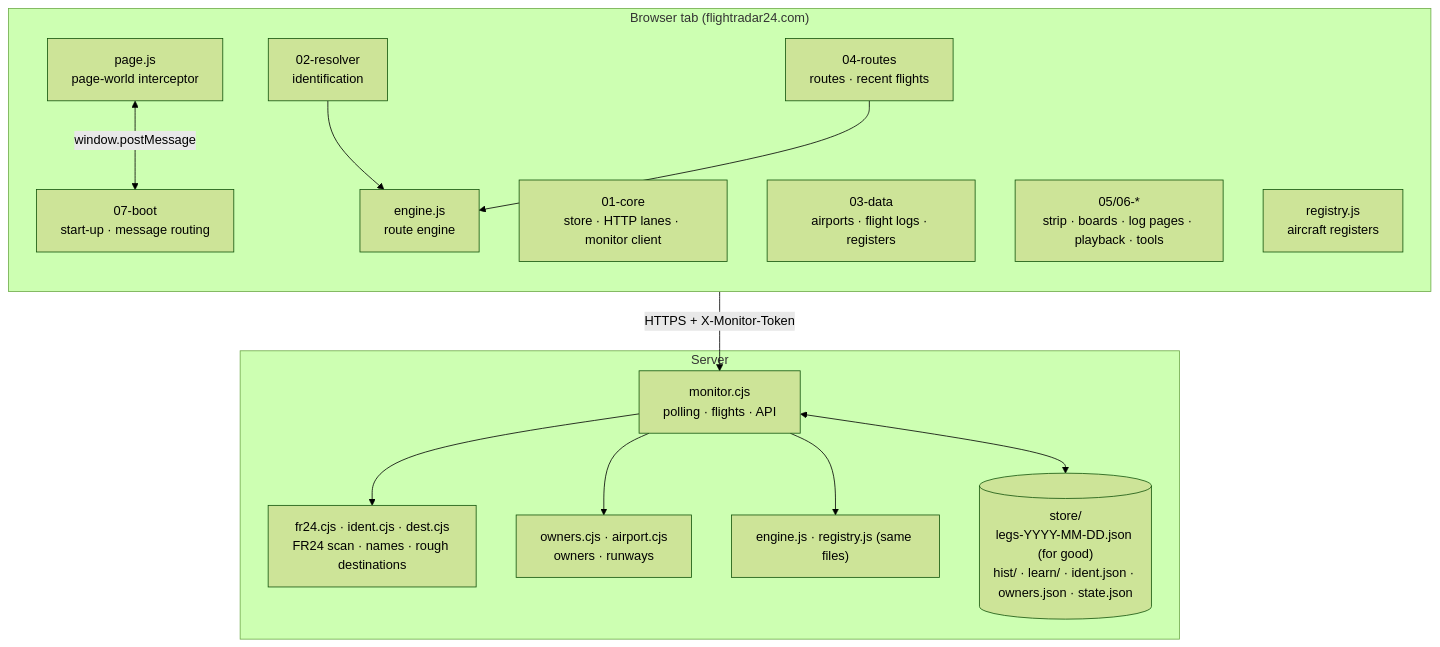
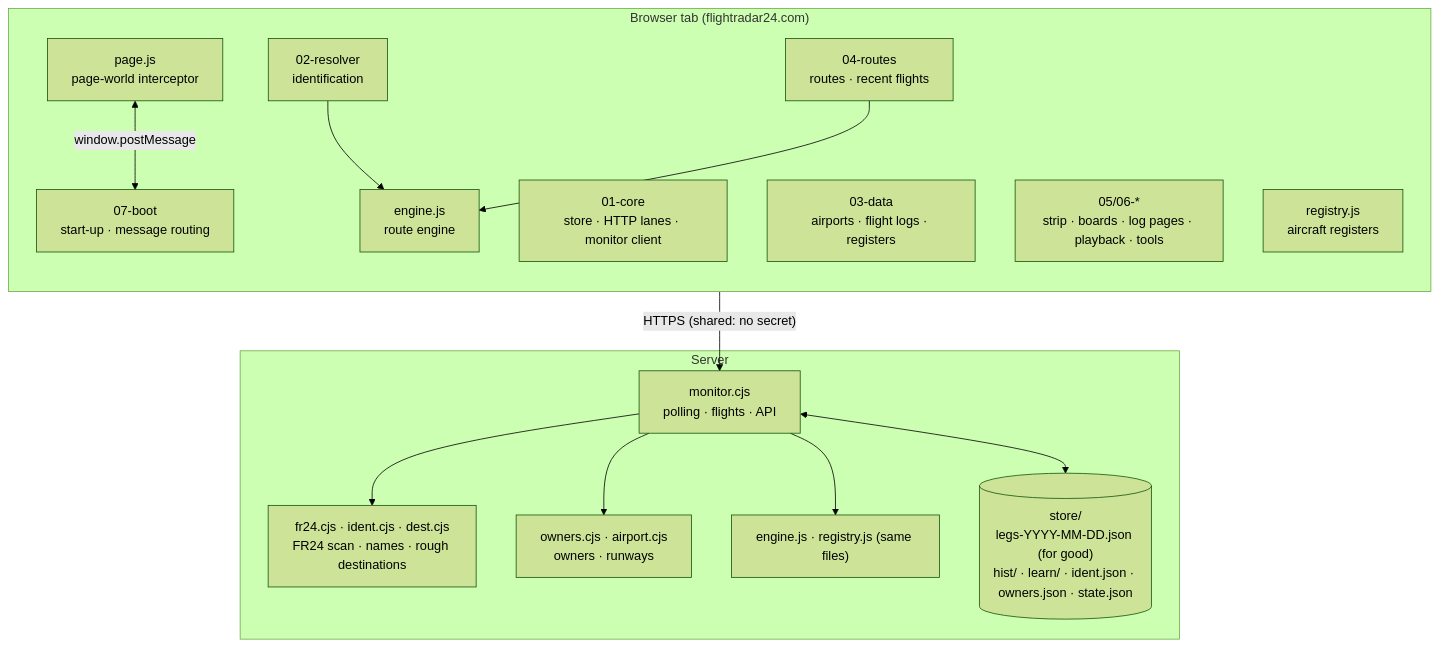
Before and after one commit to FinlayC1/fr24-ladd-unblocker: the first of 3 diagrams in docs/architecture.md, drawn with Mermaid (forest theme). The commit also changed other lines of this file and 74 other files, not shown here.

````diff
--- a/docs/architecture.md
+++ b/docs/architecture.md
@@ -29,30 +29,30 @@
 ```mermaid
 flowchart TB
   subgraph browser["Browser tab (flightradar24.com)"]
     direction TB
     page["page.js<br/>page-world interceptor"]
     core["01-core<br/>store · HTTP lanes · monitor client"]
     res["02-resolver<br/>identification"]
     data["03-data<br/>airports · flight logs · registers"]
     routes["04-routes<br/>routes · recent flights"]
     ui["05/06-*<br/>strip · boards · log pages · playback · tools"]
     boot["07-boot<br/>start-up · message routing"]
     eng["engine.js<br/>route engine"]
     reg["registry.js<br/>aircraft registers"]
   end
   subgraph server["Server"]
     mon["monitor.cjs<br/>polling · flights · API"]
     fr["fr24.cjs · ident.cjs · dest.cjs<br/>FR24 scan · names · rough destinations"]
     own["owners.cjs · airport.cjs<br/>owners · runways"]
     eng2["engine.js · registry.js (same files)"]
     store[("store/<br/>legs-YYYY-MM-DD.json (for good)<br/>hist/ · learn/ · ident.json · owners.json · state.json")]
   end
   page <-- "window.postMessage" --> boot
   res --> eng
   routes --> eng
-  core -- "HTTPS + X-Monitor-Token" --> mon
+  core -- "HTTPS (shared: no secret)" --> mon
   mon --> fr
   mon --> own
   mon --> eng2
   mon <--> store
 ```
````
